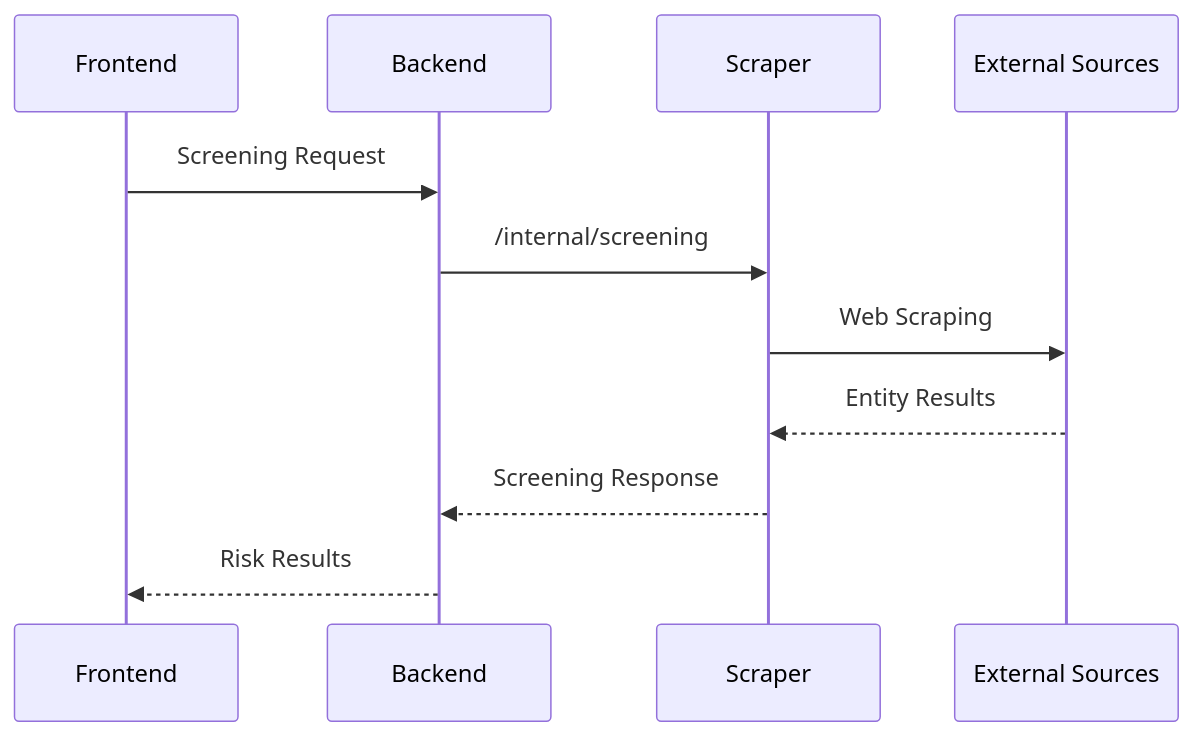
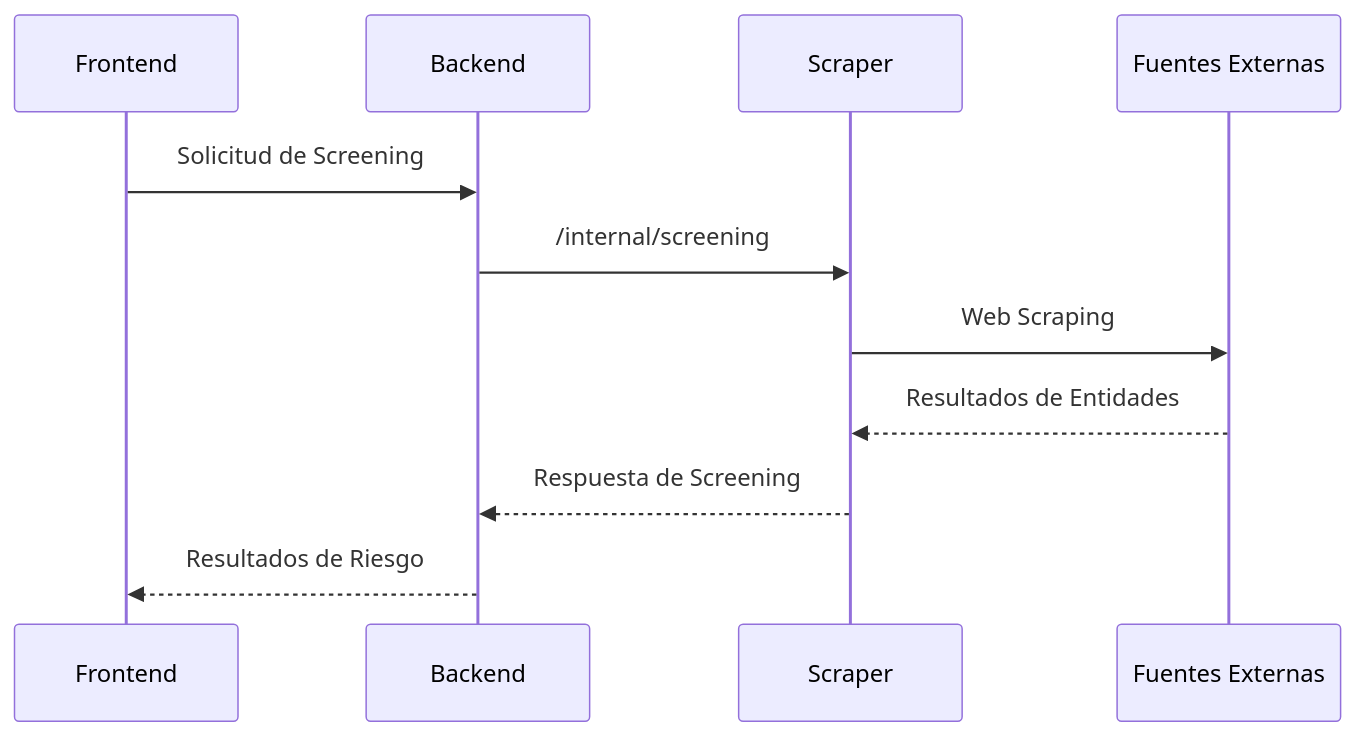
One commit to JexUgaz/my-portfolio changed the fourth of 4 diagrams in src/components/projects/markdown/supplier-due-diligence/es/arquitecture.md. Above: the diagram before and after it, drawn with Mermaid. The commit also changed other lines of this file and 14 other files, not shown here.

````diff
--- a/src/components/projects/markdown/supplier-due-diligence/es/arquitecture.md
+++ b/src/components/projects/markdown/supplier-due-diligence/es/arquitecture.md
@@ -98,15 +83,15 @@
 ```mermaid
 sequenceDiagram
 
     participant UI as Frontend
     participant API as Backend
     participant Scraper
-    participant Web as External Sources
+    participant Web as Fuentes Externas
 
-    UI->>API: Screening Request
+    UI->>API: Solicitud de Screening
     API->>Scraper: /internal/screening
     Scraper->>Web: Web Scraping
-    Web-->>Scraper: Entity Results
-    Scraper-->>API: Screening Response
-    API-->>UI: Risk Results
+    Web-->>Scraper: Resultados de Entidades
+    Scraper-->>API: Respuesta de Screening
+    API-->>UI: Resultados de Riesgo
 ```
````
